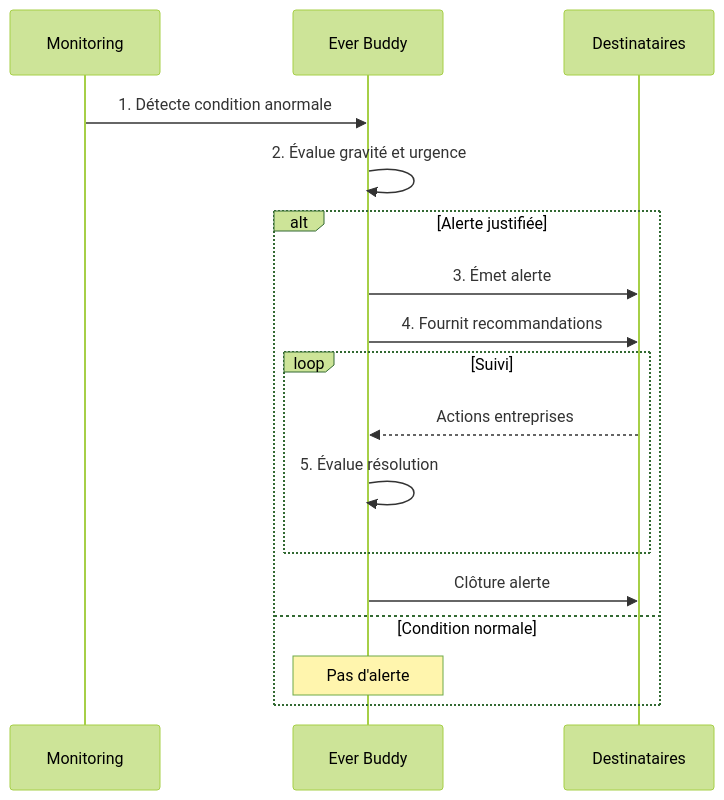
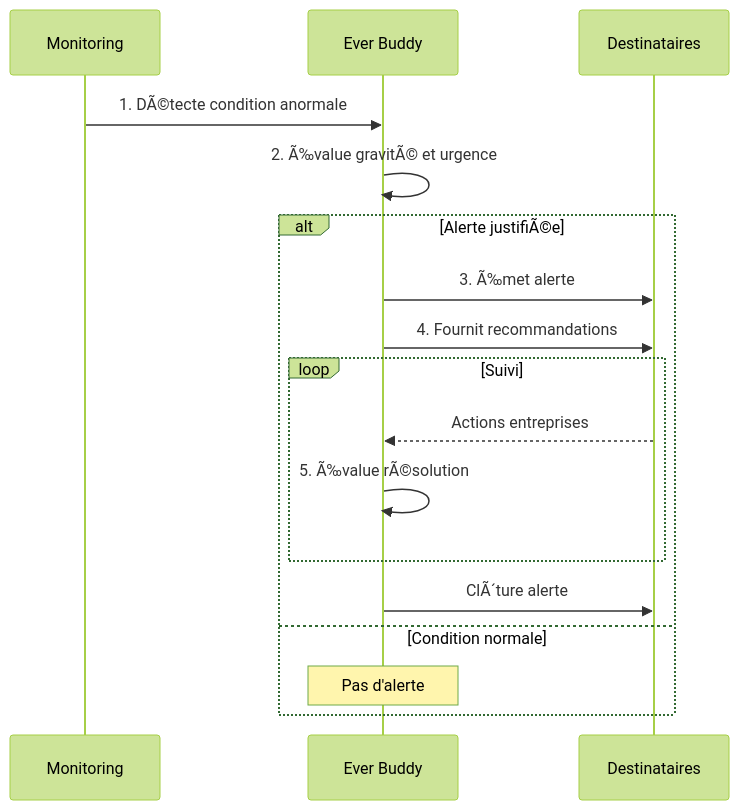
The fifth of 6 diagrams in docs/cores/EverBuddy/architecture/Ever Buddy - Evolution Flows.md (StudioMiyukini/miyukini_cog), drawn with Mermaid (forest theme) before and after one commit. The commit also changed other lines of this file and 1287 other files, not shown here.

````diff
--- a/docs/cores/EverBuddy/architecture/Ever Buddy - Evolution Flows.md
+++ b/docs/cores/EverBuddy/architecture/Ever Buddy - Evolution Flows.md
@@ -476,21 +476,21 @@
 ```mermaid
 sequenceDiagram
     participant Mon as Monitoring
     participant EB as Ever Buddy
     participant Dest as Destinataires
     
-    Mon->>EB: 1. Détecte condition anormale
-    EB->>EB: 2. Évalue gravité et urgence
+    Mon->>EB: 1. DÃ©tecte condition anormale
+    EB->>EB: 2. Ã‰value gravitÃ© et urgence
     
-    alt Alerte justifiée
-        EB->>Dest: 3. Émet alerte
+    alt Alerte justifiÃ©e
+        EB->>Dest: 3. Ã‰met alerte
         EB->>Dest: 4. Fournit recommandations
         loop Suivi
             Dest-->>EB: Actions entreprises
-            EB->>EB: 5. Évalue résolution
+            EB->>EB: 5. Ã‰value rÃ©solution
         end
-        EB->>Dest: Clôture alerte
+        EB->>Dest: ClÃ´ture alerte
     else Condition normale
         Note over EB: Pas d'alerte
     end
 ```
````
